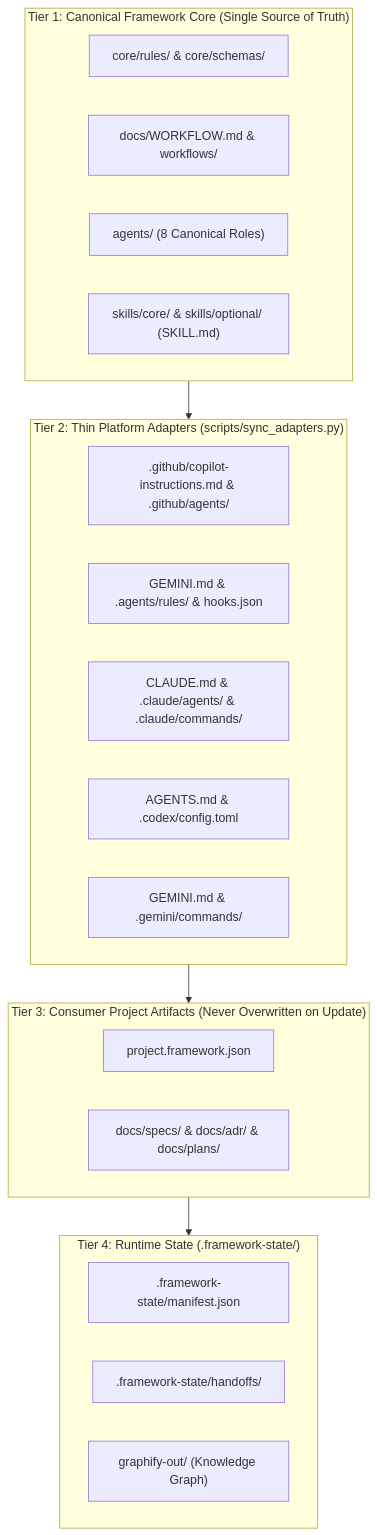
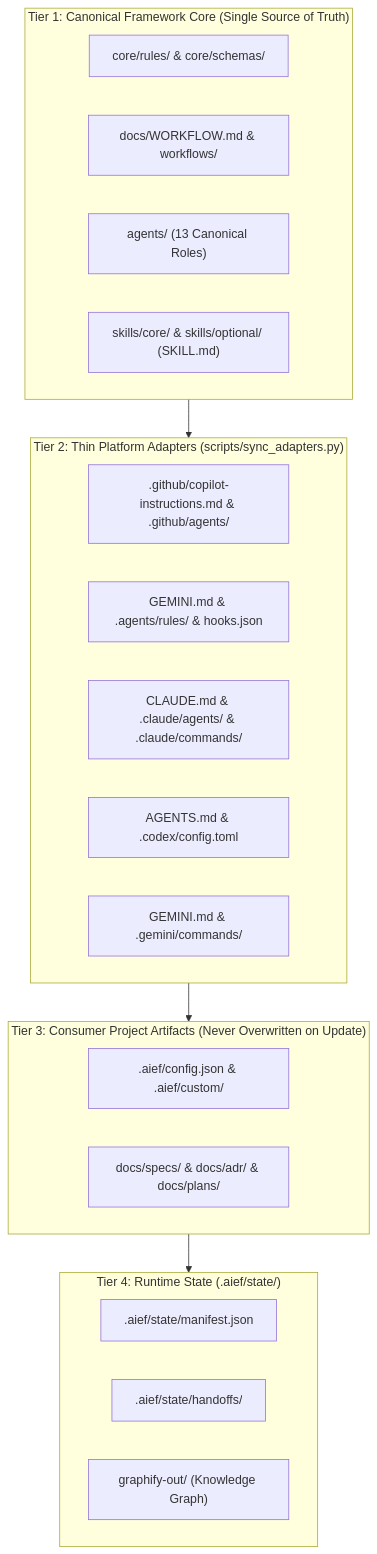
The diagram in README.md (Raele24/ai-engineering-framework), drawn with Mermaid before and after one commit. The commit also changed other lines of this file and 88 other files, not shown here.

````diff
--- a/README.md
+++ b/README.md
@@ -26,32 +26,32 @@
 ```mermaid
 flowchart TB
     subgraph Tier1["Tier 1: Canonical Framework Core (Single Source of Truth)"]
         Rules["core/rules/ & core/schemas/"]
         Workflow["docs/WORKFLOW.md & workflows/"]
-        Roles["agents/ (8 Canonical Roles)"]
+        Roles["agents/ (13 Canonical Roles)"]
         Skills["skills/core/ & skills/optional/ (SKILL.md)"]
     end
 
     subgraph Tier2["Tier 2: Thin Platform Adapters (scripts/sync_adapters.py)"]
         Copilot[".github/copilot-instructions.md & .github/agents/"]
         Antigravity["GEMINI.md & .agents/rules/ & hooks.json"]
         Claude["CLAUDE.md & .claude/agents/ & .claude/commands/"]
         Codex["AGENTS.md & .codex/config.toml"]
         GeminiCLI["GEMINI.md & .gemini/commands/"]
     end
 
     subgraph Tier3["Tier 3: Consumer Project Artifacts (Never Overwritten on Update)"]
-        ProjectCfg["project.framework.json"]
+        ProjectCfg[".aief/config.json & .aief/custom/"]
         Specs["docs/specs/ & docs/adr/ & docs/plans/"]
     end
 
-    subgraph Tier4["Tier 4: Runtime State (.framework-state/)"]
-        Manifest[".framework-state/manifest.json"]
-        Handoffs[".framework-state/handoffs/"]
+    subgraph Tier4["Tier 4: Runtime State (.aief/state/)"]
+        Manifest[".aief/state/manifest.json"]
+        Handoffs[".aief/state/handoffs/"]
         Graph["graphify-out/ (Knowledge Graph)"]
     end
 
     Tier1 --> Tier2
     Tier2 --> Tier3
     Tier3 --> Tier4
 ```
````
